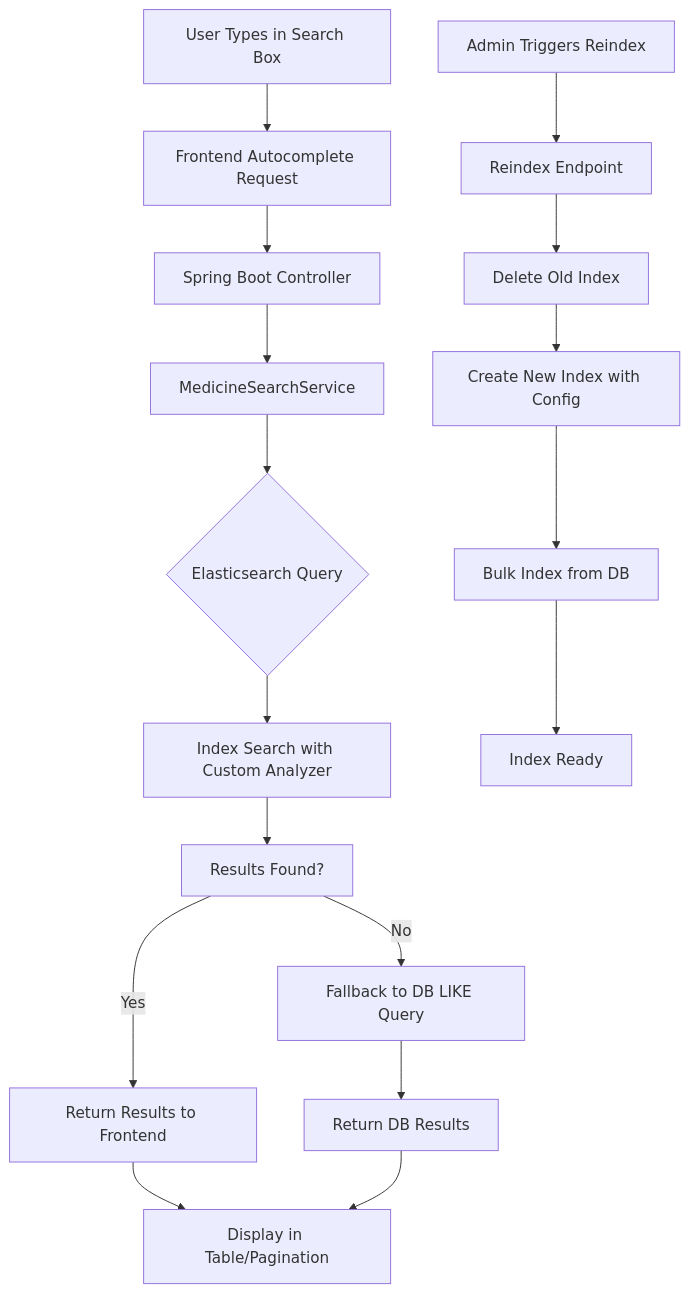
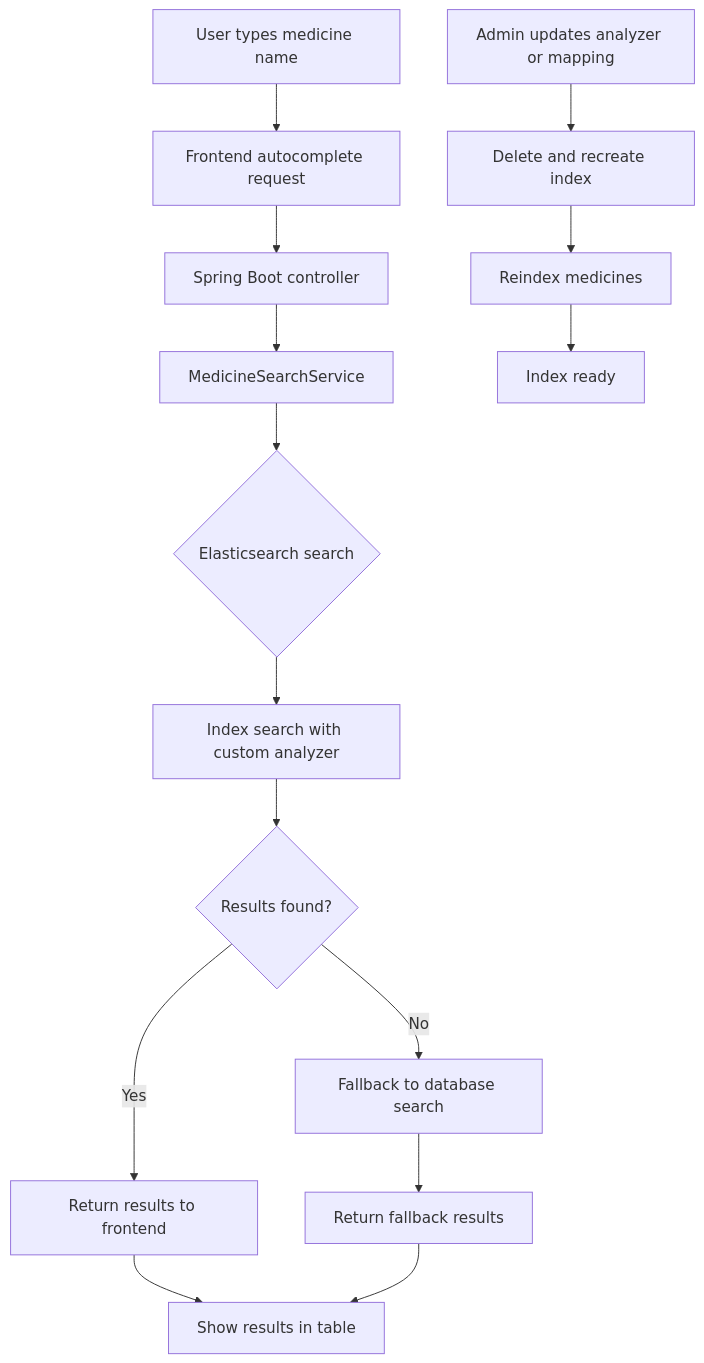
The diagram in Elasticsearch_Production_Implementation_Guide.md (viharchudasama-artemhealthtech/HMS-Elastic), drawn with Mermaid before and after one commit. The commit also changed other lines of this file, not shown here.

````diff
--- a/Elasticsearch_Production_Implementation_Guide.md
+++ b/Elasticsearch_Production_Implementation_Guide.md
@@ -300,19 +160,17 @@
 ```mermaid
 graph TD
-    A[User Types in Search Box] --> B[Frontend Autocomplete Request]
-    B --> C[Spring Boot Controller]
+    A[User types medicine name] --> B[Frontend autocomplete request]
+    B --> C[Spring Boot controller]
     C --> D[MedicineSearchService]
-    D --> E{Elasticsearch Query}
-    E --> F[Index Search with Custom Analyzer]
-    F --> G[Results Found?]
-    G -->|Yes| H[Return Results to Frontend]
-    G -->|No| I[Fallback to DB LIKE Query]
-    I --> J[Return DB Results]
-    H --> K[Display in Table/Pagination]
+    D --> E{Elasticsearch search}
+    E --> F[Index search with custom analyzer]
+    F --> G{Results found?}
+    G -->|Yes| H[Return results to frontend]
+    G -->|No| I[Fallback to database search]
+    I --> J[Return fallback results]
+    H --> K[Show results in table]
     J --> K
-    L[Admin Triggers Reindex] --> M[Reindex Endpoint]
-    M --> N[Delete Old Index]
-    N --> O[Create New Index with Config]
-    O --> P[Bulk Index from DB]
-    P --> Q[Index Ready]
+    L[Admin updates analyzer or mapping] --> M[Delete and recreate index]
+    M --> N[Reindex medicines]
+    N --> O[Index ready]
 ```
````
